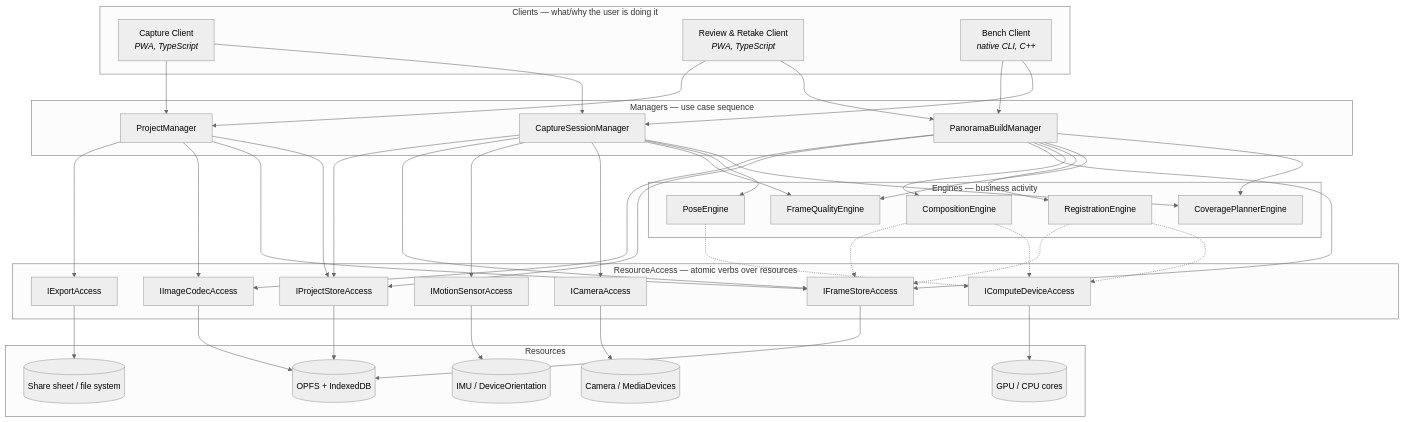
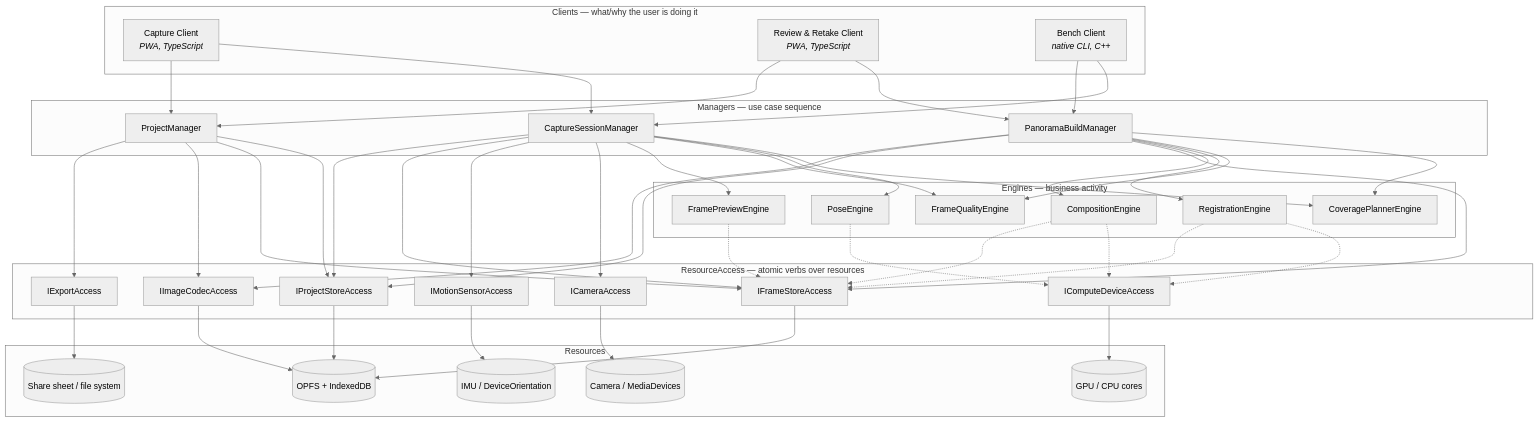
Before and after one commit to h3ll5ur7er/sphanorama: the first of 4 diagrams in docs/03-architecture.md, drawn with Mermaid (neutral theme). The commit also changed other lines of this file and 32 other files, not shown here.

```diff
--- a/docs/03-architecture.md
+++ b/docs/03-architecture.md
@@ -22,6 +22,7 @@
     E3["FrameQualityEngine"]
     E4["RegistrationEngine"]
     E5["CompositionEngine"]
+    E6["FramePreviewEngine"]
   end
 
   subgraph RA["ResourceAccess — atomic verbs over resources"]
@@ -52,6 +53,7 @@
   M1 --> E1
   M1 --> E2
   M1 --> E3
+  M1 --> E6
   M1 --> R1
   M1 --> R2
   M1 --> R3
@@ -75,6 +77,7 @@
   E5 -.-> R6
   E4 -.-> R3
   E5 -.-> R3
+  E6 -.-> R3
 
   R1 --> S1
   R2 --> S2
```
